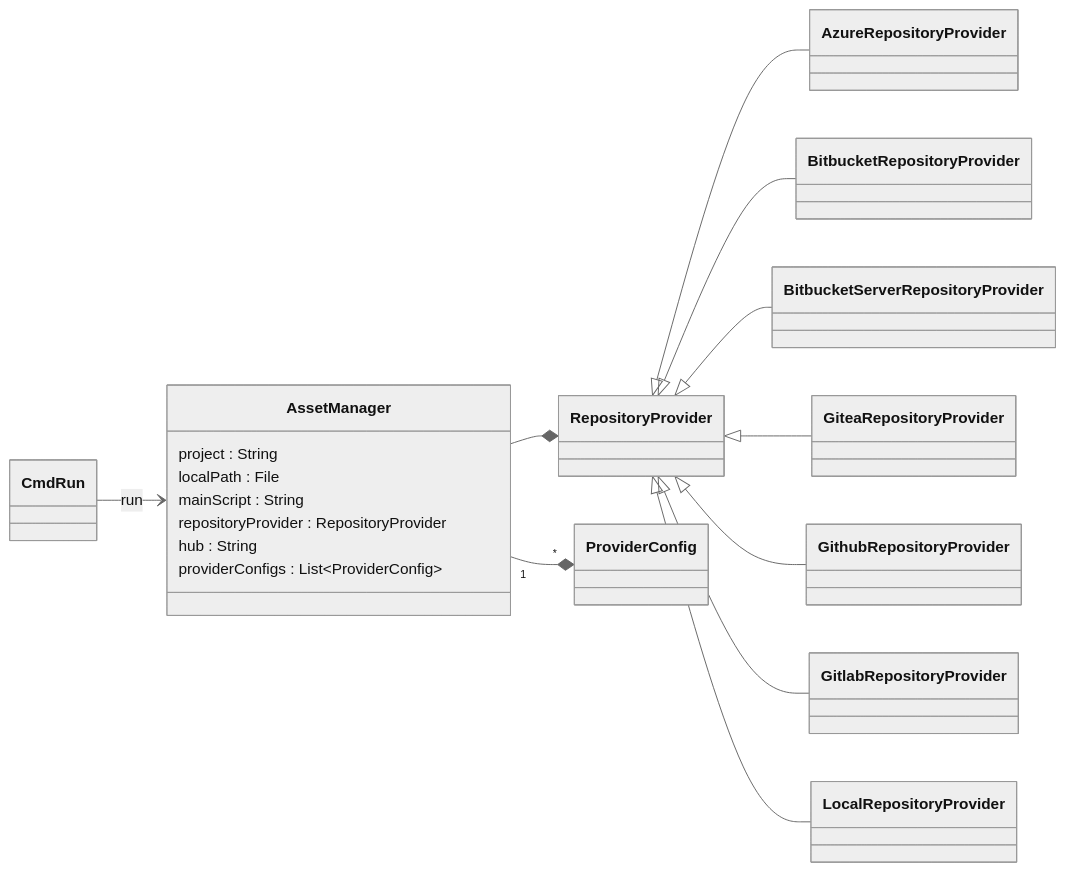
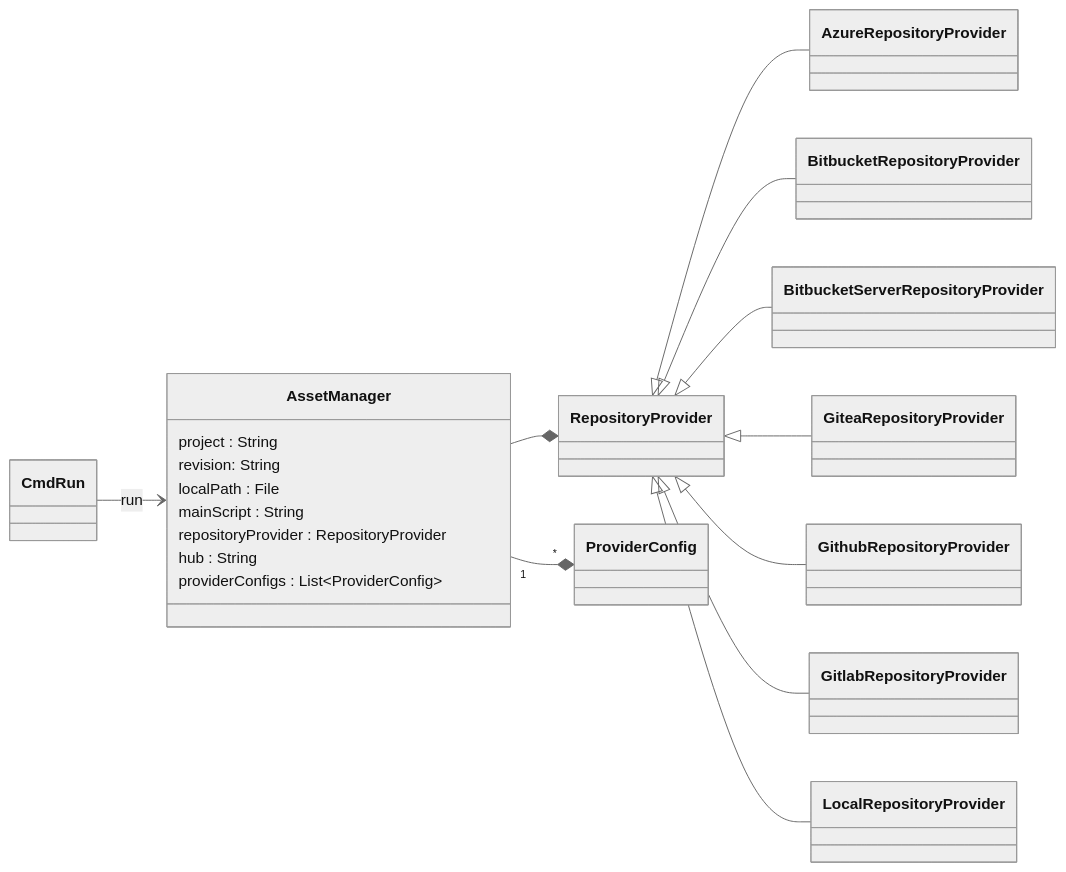
One commit to nextflow-io/nextflow changed the diagram in docs/developer/diagrams/nextflow.scm.mmd. Above: the diagram before and after it, drawn with Mermaid (neutral theme). The commit also changed 4 other files, not shown here.

```diff
--- a/docs/developer/diagrams/nextflow.scm.mmd
+++ b/docs/developer/diagrams/nextflow.scm.mmd
@@ -1,26 +1,27 @@
 classDiagram
     %%
     %% nextflow.scm
     %%
     direction LR
 
     CmdRun --> AssetManager : run
 
     class AssetManager {
         project : String
+        revision: String
         localPath : File
         mainScript : String
         repositoryProvider : RepositoryProvider
         hub : String
         providerConfigs : List~ProviderConfig~
     }
     AssetManager --* RepositoryProvider
     AssetManager "1" --* "*" ProviderConfig
 
     RepositoryProvider <|-- AzureRepositoryProvider
     RepositoryProvider <|-- BitbucketRepositoryProvider
     RepositoryProvider <|-- BitbucketServerRepositoryProvider
     RepositoryProvider <|-- GiteaRepositoryProvider
     RepositoryProvider <|-- GithubRepositoryProvider
     RepositoryProvider <|-- GitlabRepositoryProvider
     RepositoryProvider <|-- LocalRepositoryProvider
```
